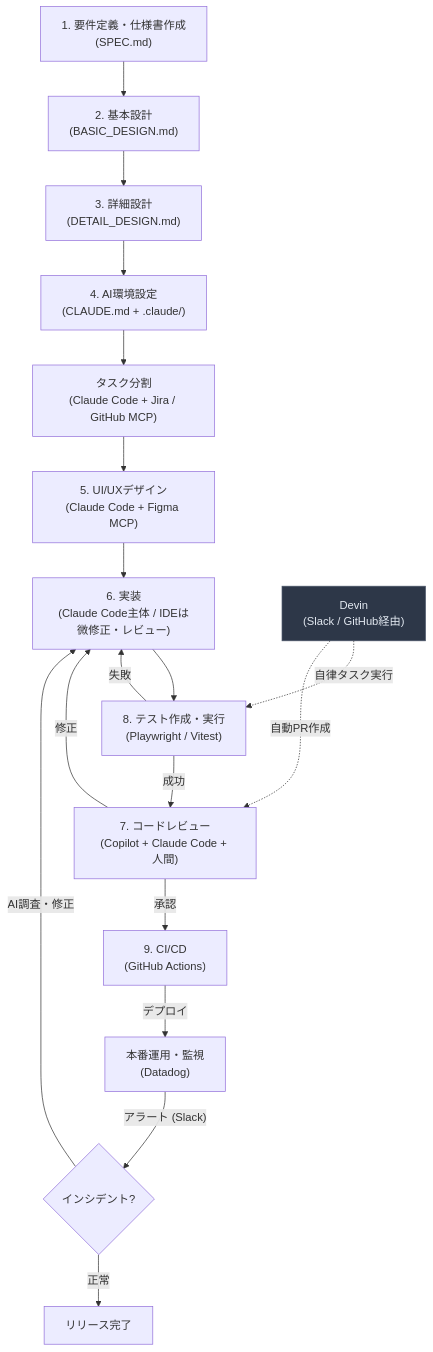
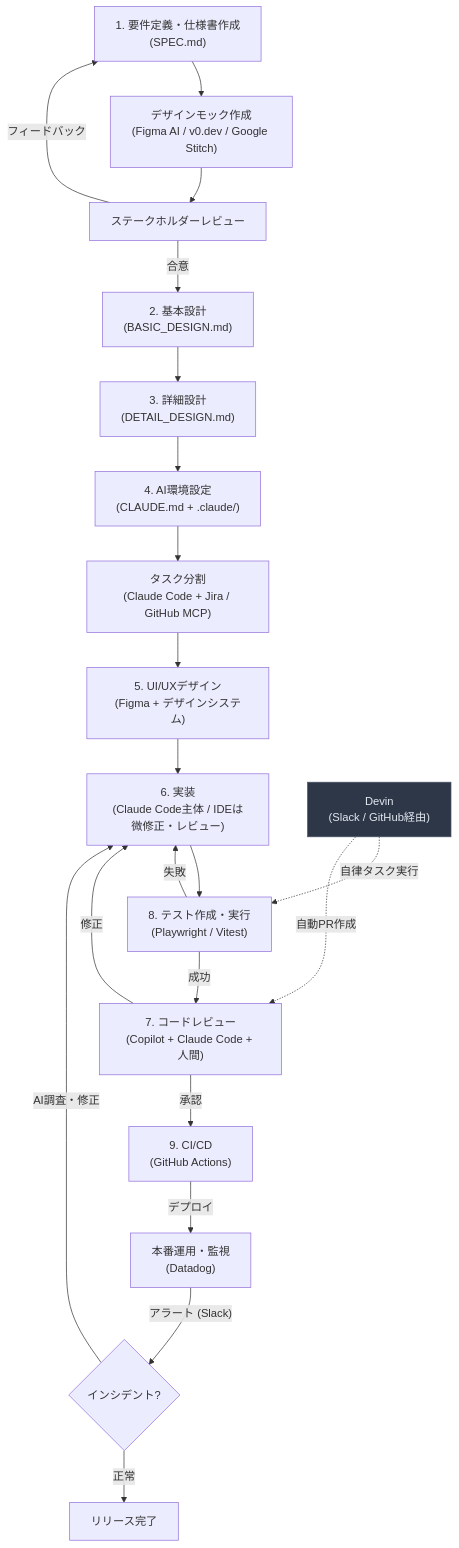
One commit to takuma39/ai changed diagram 11 of 38 in AI駆動開発.md. Above: the diagram before and after it, drawn with Mermaid. The commit also changed other lines of this file, not shown here.

Commit message:
update: AI駆動開発.mdを更新

````diff
--- a/AI駆動開発.md
+++ b/AI駆動開発.md
@@ -330,22 +330,25 @@
 ```mermaid
 flowchart TD
-    A["1. 要件定義・仕様書作成<br/>(SPEC.md)"] --> B["2. 基本設計<br/>(BASIC_DESIGN.md)"]
+    A["1. 要件定義・仕様書作成<br/>(SPEC.md)"] --> M["デザインモック作成<br/>(Figma AI / v0.dev / Google Stitch)"]
+    M --> R["ステークホルダーレビュー"]
+    R -->|"フィードバック"| A
+    R -->|"合意"| B["2. 基本設計<br/>(BASIC_DESIGN.md)"]
     B --> B2["3. 詳細設計<br/>(DETAIL_DESIGN.md)"]
     B2 --> B3["4. AI環境設定<br/>(CLAUDE.md + .claude/)"]
     B3 --> TS["タスク分割<br/>(Claude Code + Jira / GitHub MCP)"]
-    TS --> C["5. UI/UXデザイン<br/>(Claude Code + Figma MCP)"]
+    TS --> C["5. UI/UXデザイン<br/>(Figma + デザインシステム)"]
     C --> D["6. 実装<br/>(Claude Code主体 / IDEは微修正・レビュー)"]
     D --> T["8. テスト作成・実行<br/>(Playwright / Vitest)"]
     T -->|"失敗"| D
     T -->|"成功"| E["7. コードレビュー<br/>(Copilot + Claude Code + 人間)"]
     E -->|修正| D
     E -->|承認| F["9. CI/CD<br/>(GitHub Actions)"]
     F -->|デプロイ| G["本番運用・監視<br/>(Datadog)"]
     G -->|"アラート (Slack)"| H{"インシデント?"}
     H -->|"AI調査・修正"| D
     H -->|"正常"| I["リリース完了"]
 
     D2["Devin<br/>(Slack / GitHub経由)"] -.->|"自律タスク実行"| T
     D2 -.->|"自動PR作成"| E
     style D2 fill:#2d3748,stroke:#4a5568,color:#e2e8f0
 ```
````
